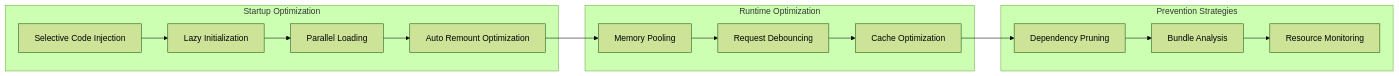
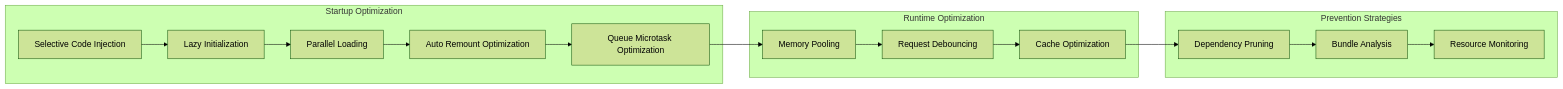
Before and after one commit to shekhargiri005-dotcom/AI-powered-accessibility-first-UI-engine: the ninth of 11 diagrams in .qoder/repowiki/en/content/Sandbox Runtime Crash Handling.md, drawn with Mermaid (forest theme). The commit also changed other lines of this file and 5 other files, not shown here.

````diff
--- a/.qoder/repowiki/en/content/Sandbox Runtime Crash Handling.md
+++ b/.qoder/repowiki/en/content/Sandbox Runtime Crash Handling.md
@@ -371,28 +385,30 @@
 ```mermaid
 graph LR
 subgraph "Startup Optimization"
 CodeInjection[Selective Code Injection]
 LazyInitialization[Lazy Initialization]
 ParallelLoading[Parallel Loading]
 AutoRemount[Auto Remount Optimization]
+QueueMicrotask[Queue Microtask Optimization]
 end
 subgraph "Runtime Optimization"
 MemoryPooling[Memory Pooling]
 RequestDebouncing[Request Debouncing]
 CacheOptimization[Cache Optimization]
 end
 subgraph "Prevention Strategies"
 DependencyPruning[Dependency Pruning]
 BundleAnalysis[Bundle Analysis]
 ResourceMonitoring[Resource Monitoring]
 end
 CodeInjection --> LazyInitialization
 LazyInitialization --> ParallelLoading
 ParallelLoading --> AutoRemount
-AutoRemount --> MemoryPooling
+AutoRemount --> QueueMicrotask
+QueueMicrotask --> MemoryPooling
 MemoryPooling --> RequestDebouncing
 RequestDebouncing --> CacheOptimization
 CacheOptimization --> DependencyPruning
 DependencyPruning --> BundleAnalysis
 BundleAnalysis --> ResourceMonitoring
 ```
````
